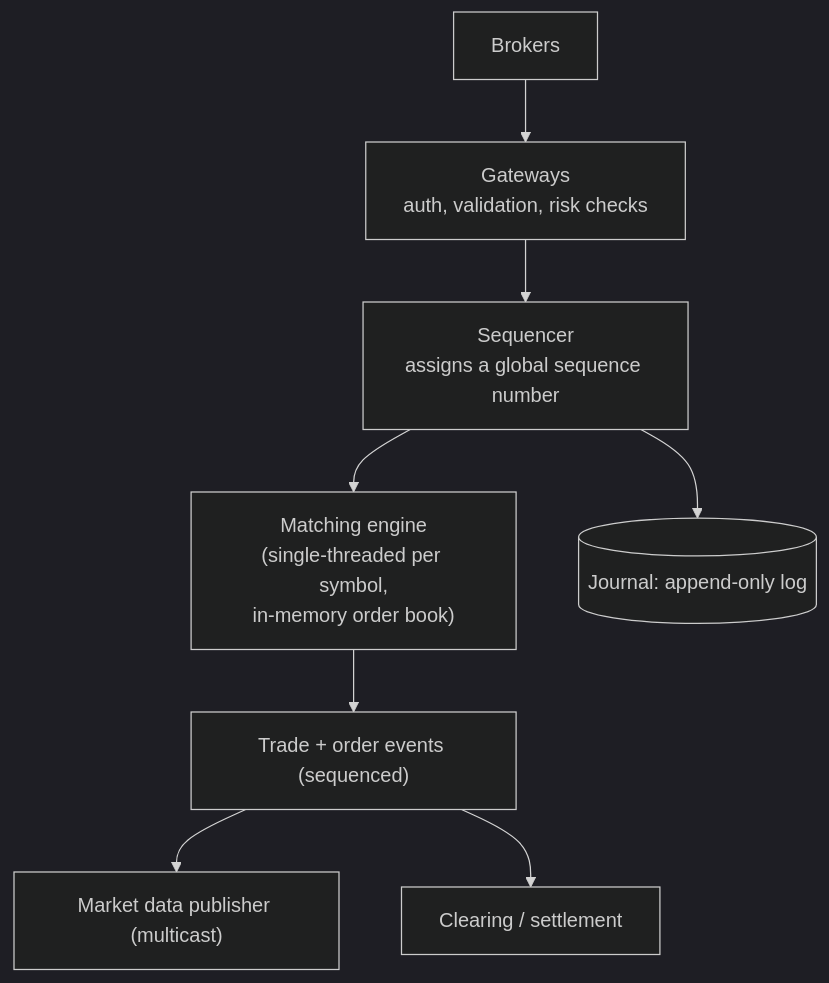
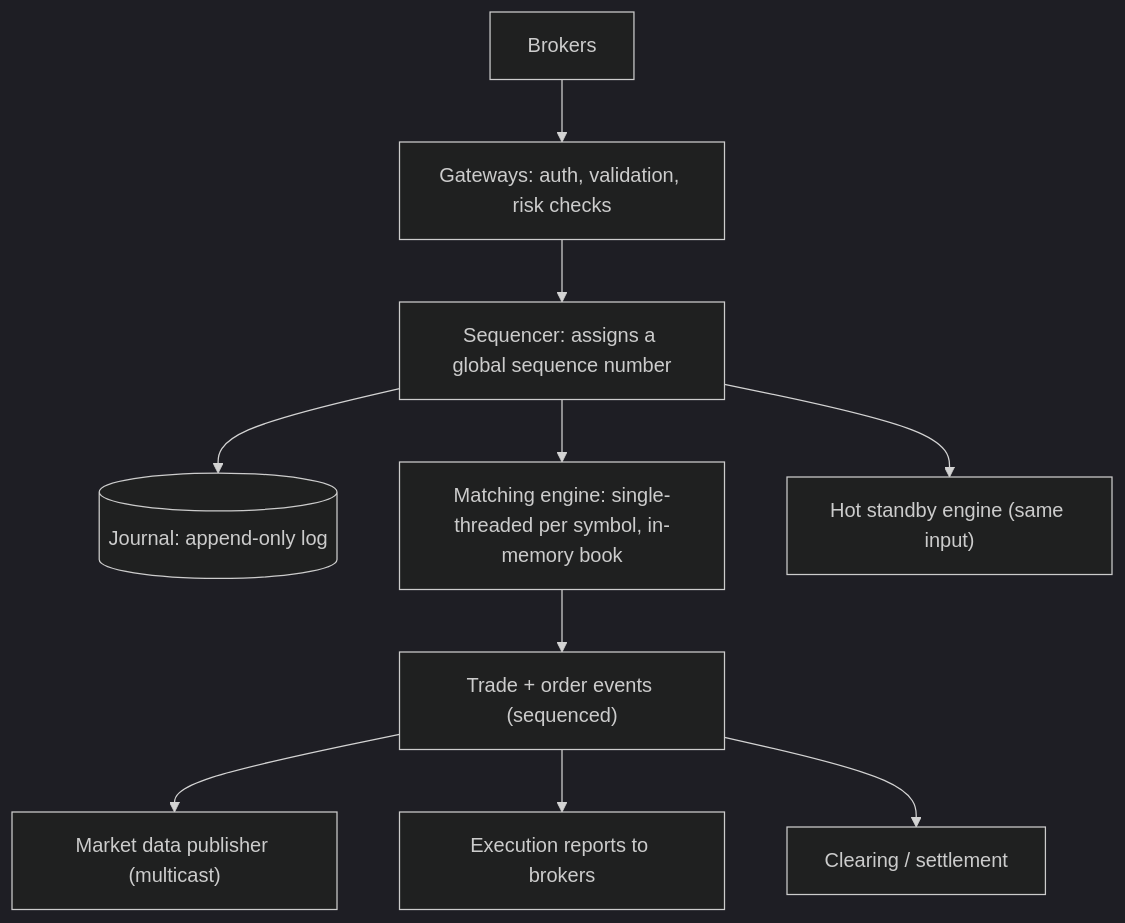
Diagram 15 of 20 in topics/18-designs-location-commerce.md (AkshayAshokCode/System-Design-Interview-Questions-and-Answers), drawn with Mermaid (dark theme) before and after one commit. The commit also changed other lines of this file and 4 other files, not shown here.

````diff
--- a/topics/18-designs-location-commerce.md
+++ b/topics/18-designs-location-commerce.md
@@ -284,10 +1338,12 @@
 ```mermaid
 flowchart TD
-    B["Brokers"] --> GW["Gateways<br/>auth, validation, risk checks"]
-    GW --> SEQ["Sequencer<br/>assigns a global sequence number"]
-    SEQ --> ME["Matching engine<br/>(single-threaded per symbol,<br/>in-memory order book)"]
+    B["Brokers"] --> GW["Gateways: auth, validation, risk checks"]
+    GW --> SEQ["Sequencer: assigns a global sequence number"]
+    SEQ --> JR[("Journal: append-only log")]
+    SEQ --> ME["Matching engine: single-threaded per symbol, in-memory book"]
+    SEQ --> HS["Hot standby engine (same input)"]
     ME --> OUT["Trade + order events (sequenced)"]
     OUT --> MD["Market data publisher (multicast)"]
+    OUT --> ER["Execution reports to brokers"]
     OUT --> CLR["Clearing / settlement"]
-    SEQ --> JR[("Journal: append-only log")]
 ```
````
